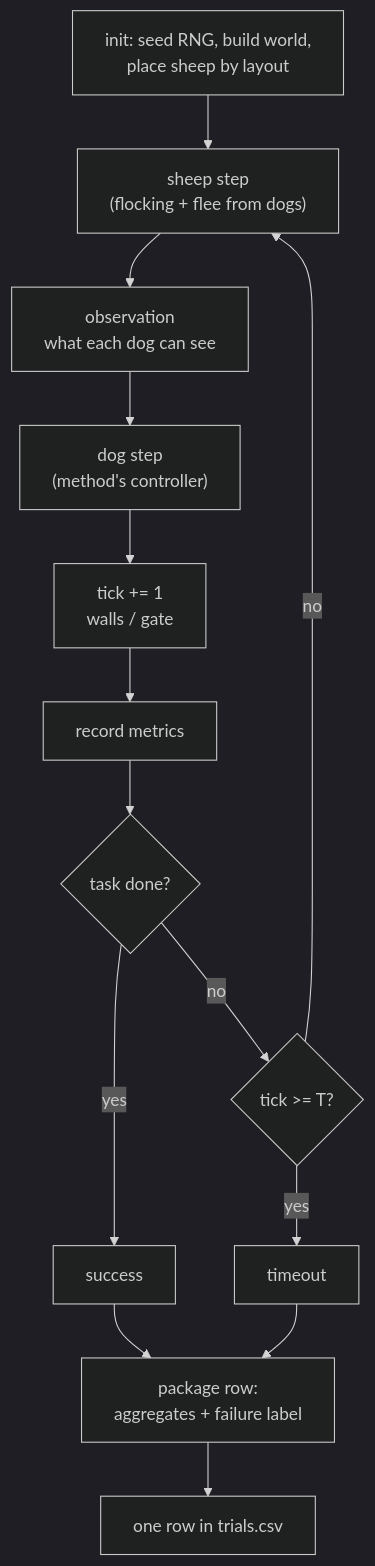
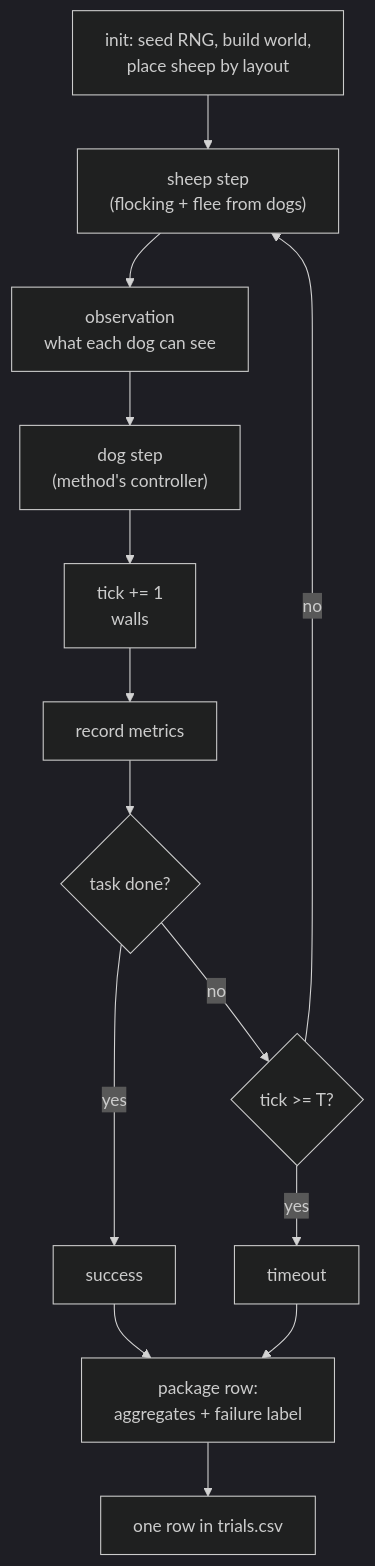
One commit to lykimq/HerdSim changed the second of 2 diagrams in README.md. Above: the diagram before and after it, drawn with Mermaid (dark theme). The commit also changed other lines of this file and 21 other files, not shown here.

````diff
--- a/README.md
+++ b/README.md
@@ -68,16 +68,16 @@
 ```mermaid
 flowchart TD
     I["init: seed RNG, build world,<br/>place sheep by layout"] --> S
     S["sheep step<br/>(flocking + flee from dogs)"] --> O["observation<br/>what each dog can see"]
     O --> D["dog step<br/>(method's controller)"]
-    D --> W["tick += 1<br/>walls / gate"]
+    D --> W["tick += 1<br/>walls"]
     W --> M["record metrics"]
     M --> Q1{"task done?"}
     Q1 -- yes --> OK["success"]
     Q1 -- no --> Q2{"tick >= T?"}
     Q2 -- yes --> TO["timeout"]
     Q2 -- no --> S
     OK --> F["package row:<br/>aggregates + failure label"]
     TO --> F
     F --> CSV["one row in trials.csv"]
 ```
````
